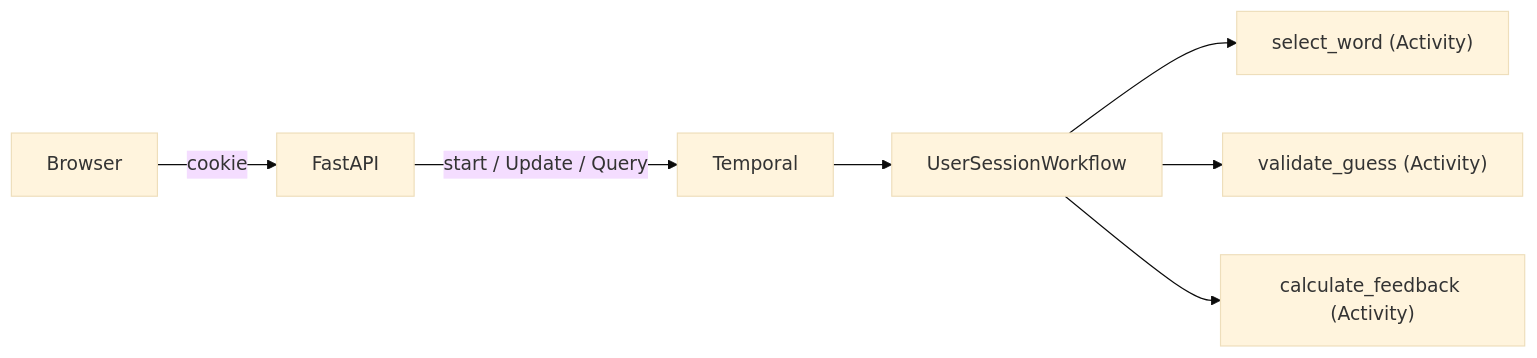
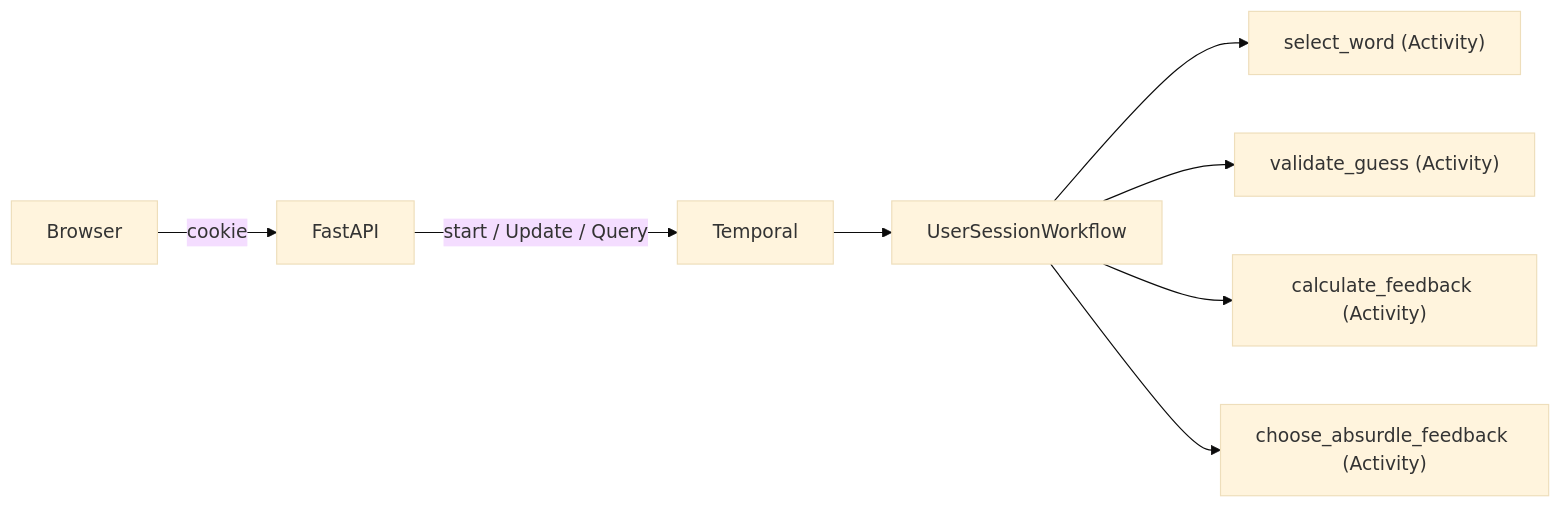
The diagram in README.md (MasonEgger/durable-wordle), drawn with Mermaid (base theme) before and after one commit. The commit also changed other lines of this file and 24 other files, not shown here.

Commit message:
Add classic mode and Absurdle workflow

````diff
--- a/README.md
+++ b/README.md
@@ -26,9 +26,10 @@
 ```mermaid
 flowchart LR
     Browser -->|cookie| FastAPI
     FastAPI -->|start / Update / Query| Temporal
     Temporal --> UserSessionWorkflow
     UserSessionWorkflow --> select_word["select_word (Activity)"]
     UserSessionWorkflow --> validate_guess["validate_guess (Activity)"]
     UserSessionWorkflow --> calculate_feedback["calculate_feedback (Activity)"]
+    UserSessionWorkflow --> choose_absurdle_feedback["choose_absurdle_feedback (Activity)"]
 ```
````
